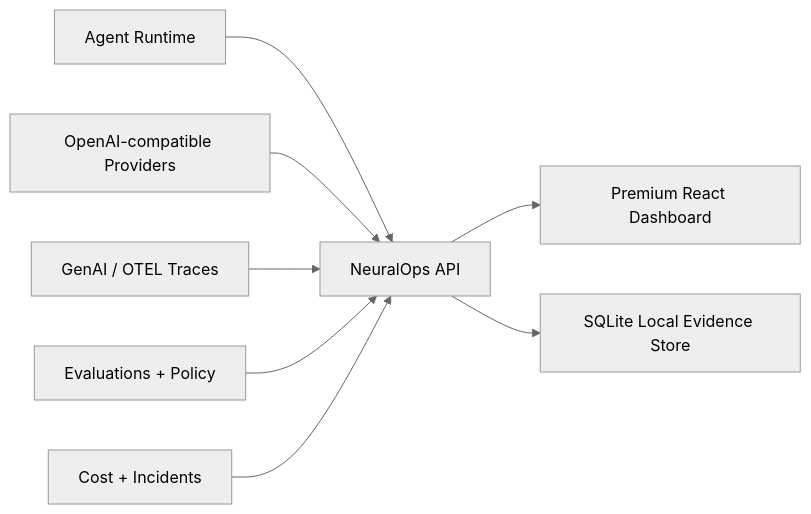
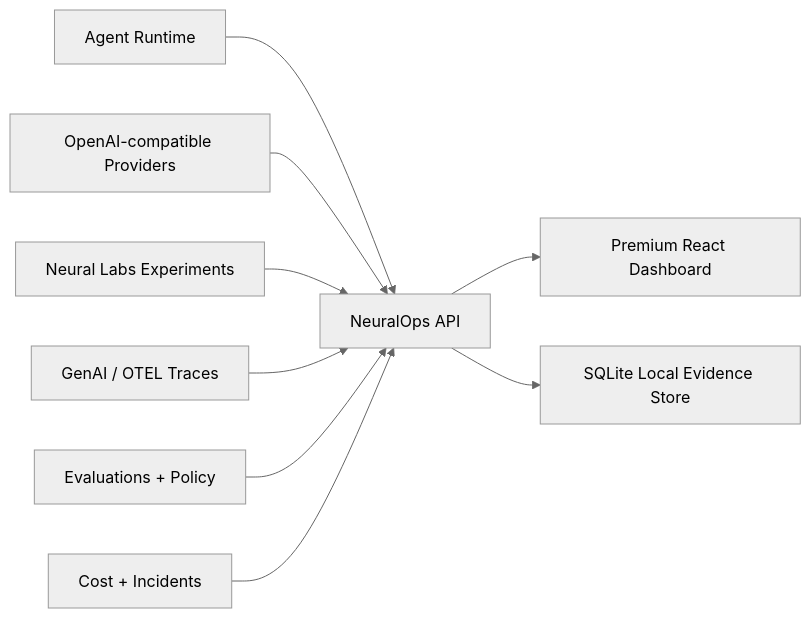
Before and after one commit to Gowrav-M/neuralops-platform: the diagram in README.md, drawn with Mermaid (neutral theme). The commit also changed other lines of this file and 8 other files, not shown here.

Commit message:
feat: add neural labs experiment workbench

````diff
--- a/README.md
+++ b/README.md
@@ -15,10 +17,11 @@
 ```mermaid
 flowchart LR
   A["Agent Runtime"] --> F["NeuralOps API"]
   B["OpenAI-compatible Providers"] --> F
-  C["GenAI / OTEL Traces"] --> F
-  D["Evaluations + Policy"] --> F
-  E["Cost + Incidents"] --> F
+  C["Neural Labs Experiments"] --> F
+  D["GenAI / OTEL Traces"] --> F
+  E["Evaluations + Policy"] --> F
+  I["Cost + Incidents"] --> F
   F --> G["Premium React Dashboard"]
   F --> H["SQLite Local Evidence Store"]
 ```
````
